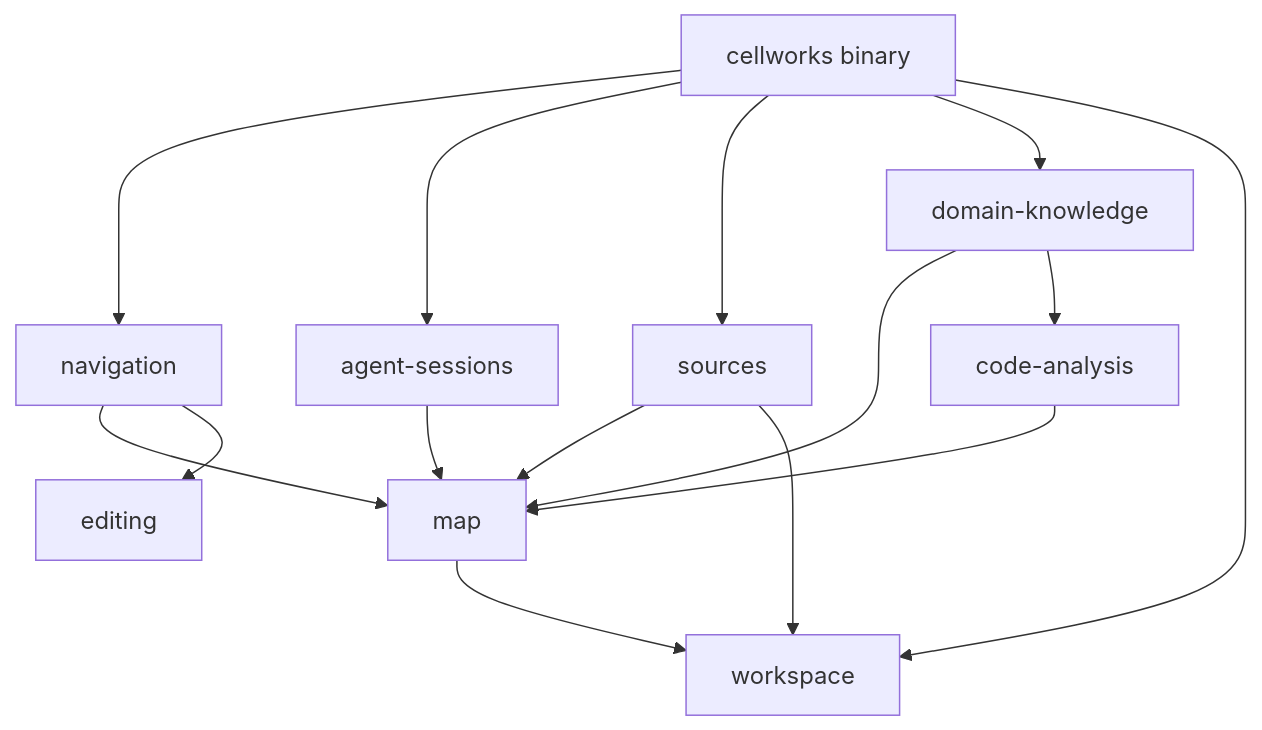
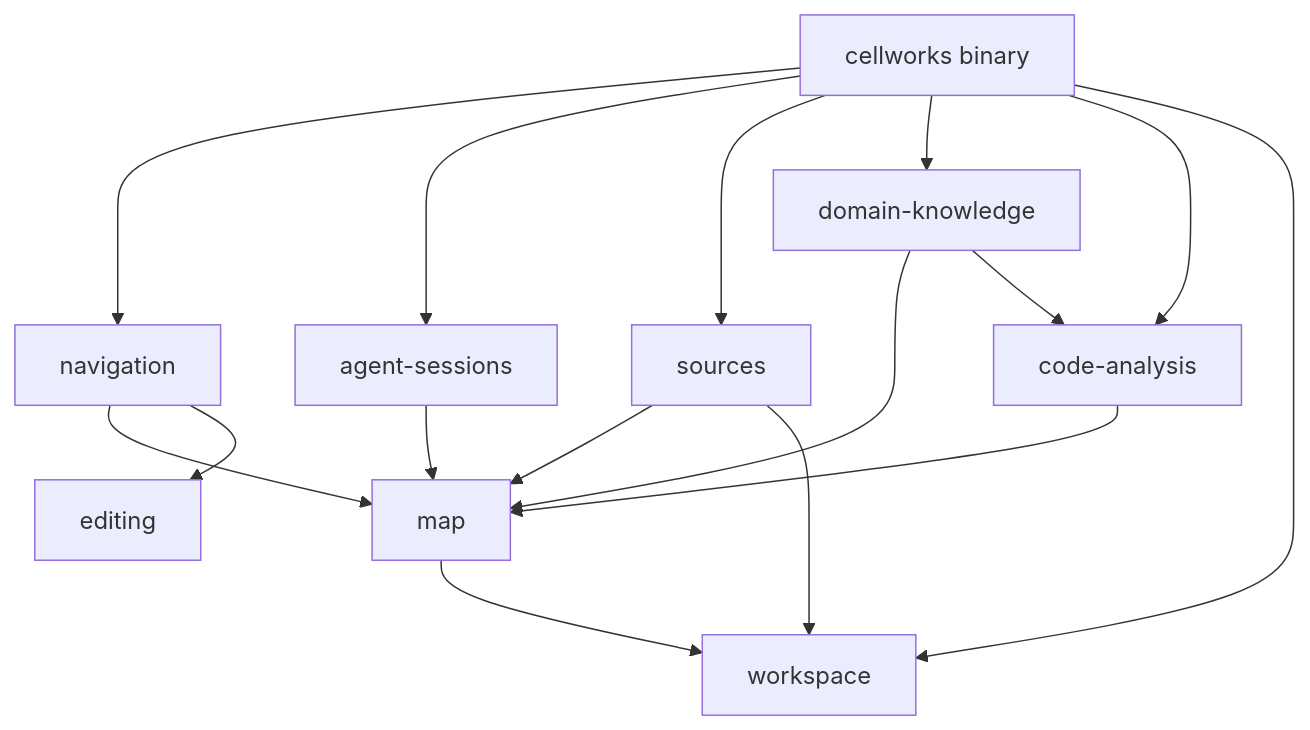
One commit to Xunrise/cellworks changed the diagram in docs/arc42/05-building-blocks.md. Above: the diagram before and after it, drawn with Mermaid. The commit also changed 33 other files, not shown here.

````diff
--- a/docs/arc42/05-building-blocks.md
+++ b/docs/arc42/05-building-blocks.md
@@ -16,27 +16,28 @@
 ```mermaid
 flowchart TB
   bin[cellworks binary]
   ws[workspace]
   map[map]
   nav[navigation]
   code[code-analysis]
   dk[domain-knowledge]
   src[sources]
   ag[agent-sessions]
   ed[editing]
 
   bin --> nav
   bin --> ag
   bin --> src
   bin --> dk
+  bin --> code
   bin --> ws
   nav --> map
   nav --> ed
   code --> map
   dk --> map
   dk --> code
   src --> map
   src --> ws
   ag --> map
   map --> ws
 ```
````
